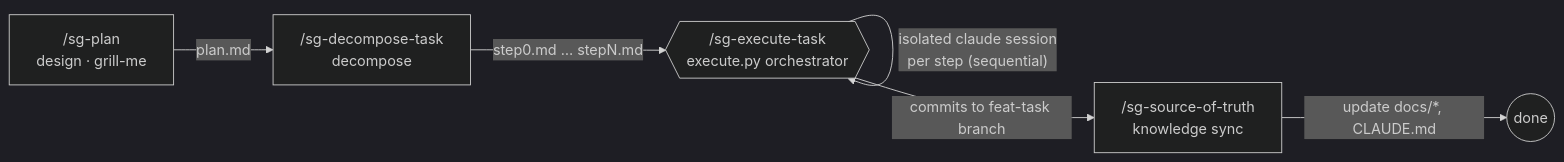
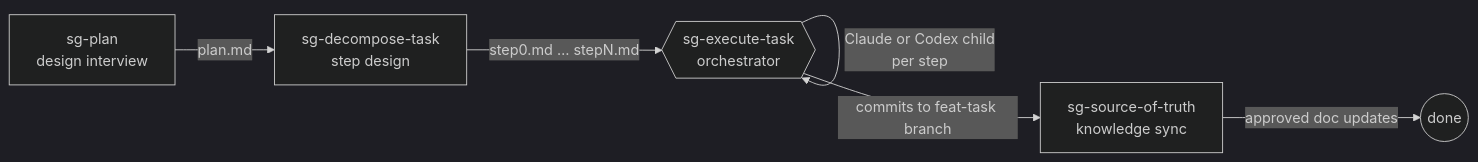
The diagram in README.md (han0001/sg-harness), drawn with Mermaid (dark theme) before and after one commit. The commit also changed other lines of this file and 20 other files, not shown here.

````diff
--- a/README.md
+++ b/README.md
@@ -24,8 +12,8 @@
 ```mermaid
 flowchart LR
-    A["/sg-plan<br/>design · grill-me"] -->|plan.md| B["/sg-decompose-task<br/>decompose"]
-    B -->|"step0.md … stepN.md"| C{{"/sg-execute-task<br/>execute.py orchestrator"}}
-    C -->|"isolated claude session<br/>per step (sequential)"| C
-    C -->|"commits to feat-task branch"| D["/sg-source-of-truth<br/>knowledge sync"]
-    D -->|"update docs/*, CLAUDE.md"| E(("done"))
+    A["sg-plan<br/>design interview"] -->|plan.md| B["sg-decompose-task<br/>step design"]
+    B -->|"step0.md … stepN.md"| C{{"sg-execute-task<br/>orchestrator"}}
+    C -->|"Claude or Codex child<br/>per step"| C
+    C -->|"commits to feat-task branch"| D["sg-source-of-truth<br/>knowledge sync"]
+    D -->|"approved doc updates"| E(("done"))
 ```
````
